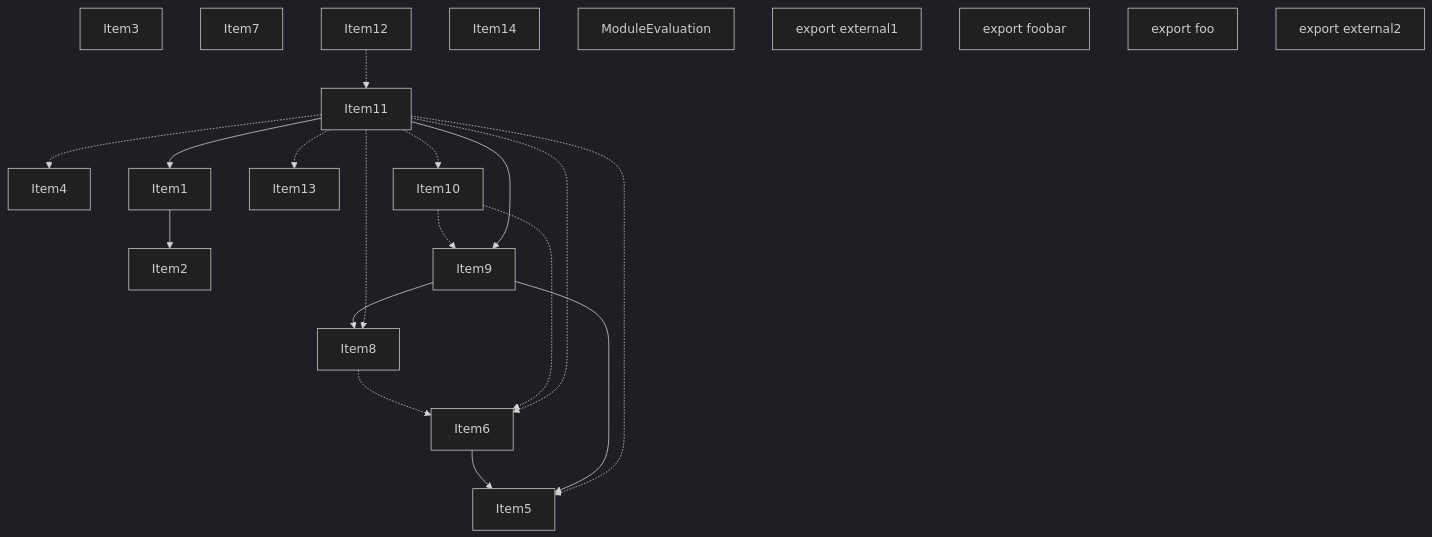
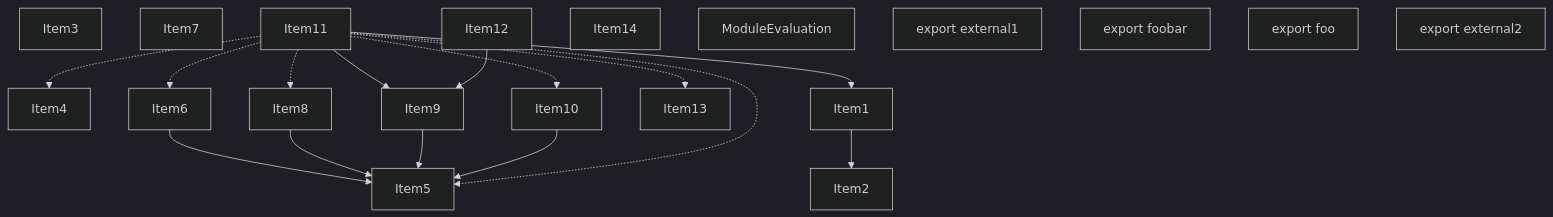
The second of 4 diagrams in crates/turbopack-ecmascript/tests/tree-shaker/analyzer/2/output.md (vercel/turborepo), drawn with Mermaid (dark theme) before and after one commit. The commit also changed other lines of this file and 2 other files, not shown here.

````diff
--- a/crates/turbopack-ecmascript/tests/tree-shaker/analyzer/2/output.md
+++ b/crates/turbopack-ecmascript/tests/tree-shaker/analyzer/2/output.md
@@ -172,43 +172,41 @@
 ```mermaid
 graph TD
     Item3;
     Item2;
     Item4;
     Item5;
     Item6;
     Item7;
     Item8;
     Item9;
     Item10;
     Item11;
     Item12;
     Item13;
     Item14;
     Item1;
     Item15;
     Item15["ModuleEvaluation"];
     Item16;
     Item16["export external1"];
     Item17;
     Item17["export foobar"];
     Item18;
     Item18["export foo"];
     Item19;
     Item19["export external2"];
     Item1 --> Item2;
     Item6 --> Item5;
-    Item8 -.-> Item6;
+    Item8 --> Item5;
     Item9 --> Item5;
-    Item9 --> Item8;
-    Item10 -.-> Item6;
-    Item10 -.-> Item9;
+    Item10 --> Item5;
     Item11 --> Item9;
     Item11 --> Item1;
     Item11 -.-> Item13;
     Item11 -.-> Item5;
+    Item11 -.-> Item6;
     Item11 -.-> Item8;
     Item11 -.-> Item10;
-    Item11 -.-> Item6;
     Item11 -.-> Item4;
-    Item12 -.-> Item11;
+    Item12 --> Item9;
 ```
````
